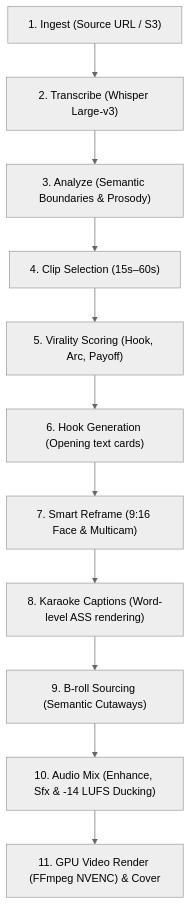
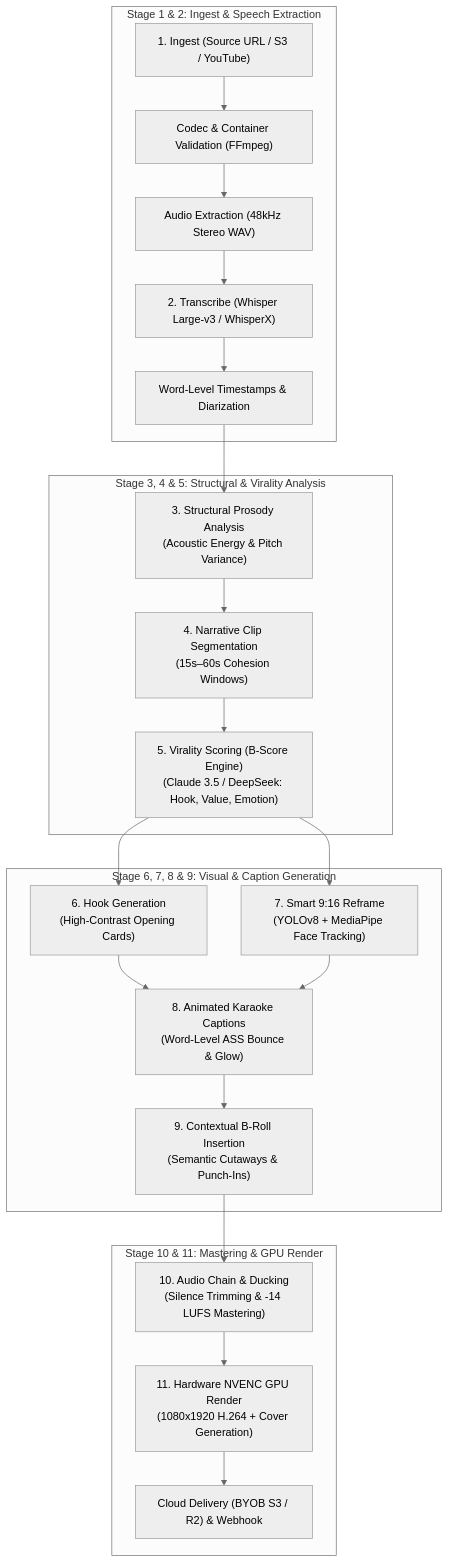
Before and after one commit to fotohubapp/docs: the first of 3 diagrams in recipes/video-to-shorts.md, drawn with Mermaid (neutral theme). The commit also changed other lines of this file and 61 other files, not shown here.

````diff
--- a/recipes/video-to-shorts.md
+++ b/recipes/video-to-shorts.md
@@ -16,13 +18,28 @@
 ```mermaid
 flowchart TD
-    A["1. Ingest (Source URL / S3)"] --> B["2. Transcribe (Whisper Large-v3)"]
-    B --> C["3. Analyze (Semantic Boundaries & Prosody)"]
-    C --> D["4. Clip Selection (15s–60s)"]
-    D --> E["5. Virality Scoring (Hook, Arc, Payoff)"]
-    E --> F["6. Hook Generation (Opening text cards)"]
-    F --> G["7. Smart Reframe (9:16 Face & Multicam)"]
-    G --> H["8. Karaoke Captions (Word-level ASS rendering)"]
-    H --> I["9. B-roll Sourcing (Semantic Cutaways)"]
-    I --> J["10. Audio Mix (Enhance, Sfx & -14 LUFS Ducking)"]
-    J --> K["11. GPU Video Render (FFmpeg NVENC) & Cover"]
+    subgraph INGESTION ["Stage 1 & 2: Ingest & Speech Extraction"]
+        A["1. Ingest (Source URL / S3 / YouTube)"] --> B["Codec & Container Validation (FFmpeg)"]
+        B --> C["Audio Extraction (48kHz Stereo WAV)"]
+        C --> D["2. Transcribe (Whisper Large-v3 / WhisperX)"]
+        D --> E["Word-Level Timestamps & Diarization"]
+    end
+
+    subgraph ANALYSIS ["Stage 3, 4 & 5: Structural & Virality Analysis"]
+        E --> F["3. Structural Prosody Analysis<br/>(Acoustic Energy & Pitch Variance)"]
+        F --> G["4. Narrative Clip Segmentation<br/>(15s–60s Cohesion Windows)"]
+        G --> H["5. Virality Scoring (B-Score Engine)<br/>(Claude 3.5 / DeepSeek: Hook, Value, Emotion)"]
+    end
+
+    subgraph CREATIVE_ASSEMBLY ["Stage 6, 7, 8 & 9: Visual & Caption Generation"]
+        H --> I["6. Hook Generation<br/>(High-Contrast Opening Cards)"]
+        H --> J["7. Smart 9:16 Reframe<br/>(YOLOv8 + MediaPipe Face Tracking)"]
+        I & J --> K["8. Animated Karaoke Captions<br/>(Word-Level ASS Bounce & Glow)"]
+        K --> L["9. Contextual B-Roll Insertion<br/>(Semantic Cutaways & Punch-Ins)"]
+    end
+
+    subgraph AUDIO_RENDER ["Stage 10 & 11: Mastering & GPU Render"]
+        L --> M["10. Audio Chain & Ducking<br/>(Silence Trimming & -14 LUFS Mastering)"]
+        M --> N["11. Hardware NVENC GPU Render<br/>(1080x1920 H.264 + Cover Generation)"]
+        N --> O["Cloud Delivery (BYOB S3 / R2) & Webhook"]
+    end
 ```
````
